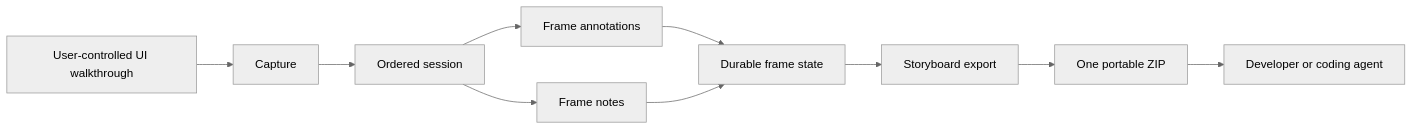
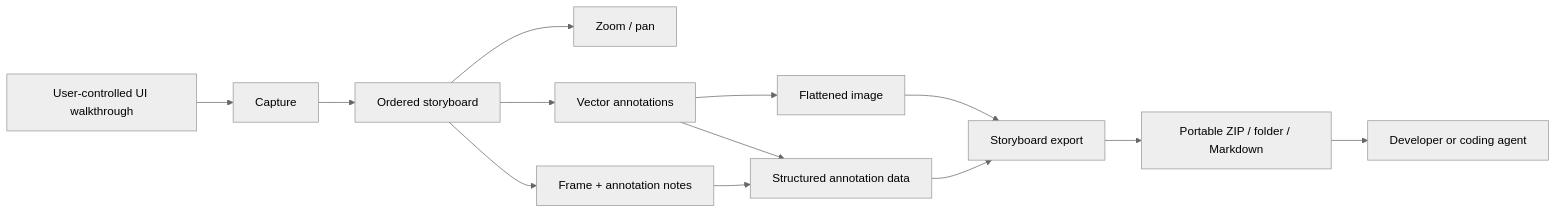
One commit to MythologIQ-Labs-LLC/CritIQ changed the diagram in docs/ARCHITECTURE_PLAN.md. Above: the diagram before and after it, drawn with Mermaid (neutral theme). The commit also changed other lines of this file and 31 other files, not shown here.

````diff
--- a/docs/ARCHITECTURE_PLAN.md
+++ b/docs/ARCHITECTURE_PLAN.md
@@ -25,13 +26,15 @@
 ```mermaid
 flowchart LR
-    U[User-controlled UI walkthrough]
-    U --> CAP[Capture]
-    CAP --> SESSION[Ordered session]
-    SESSION --> MARKUP[Frame annotations]
-    SESSION --> NOTES[Frame notes]
-    MARKUP --> PERSIST[Durable frame state]
-    NOTES --> PERSIST
-    PERSIST --> EXPORT[Storyboard export]
-    EXPORT --> ZIP[One portable ZIP]
+    U[User-controlled UI walkthrough] --> CAP[Capture]
+    CAP --> SESSION[Ordered storyboard]
+    SESSION --> VIEW[Zoom / pan]
+    SESSION --> VECTOR[Vector annotations]
+    SESSION --> NOTES[Frame + annotation notes]
+    VECTOR --> FLAT[Flattened image]
+    VECTOR --> STRUCT[Structured annotation data]
+    NOTES --> STRUCT
+    FLAT --> EXPORT[Storyboard export]
+    STRUCT --> EXPORT
+    EXPORT --> ZIP[Portable ZIP / folder / Markdown]
     ZIP --> DEV[Developer or coding agent]
 ```
````
